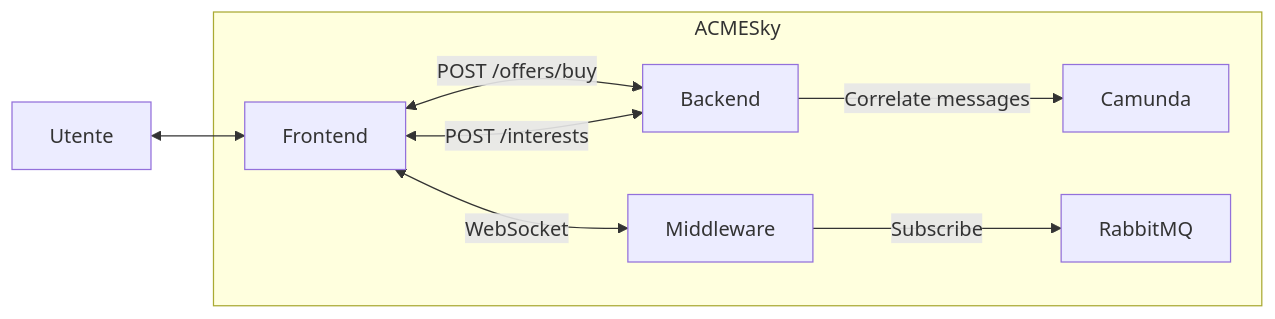
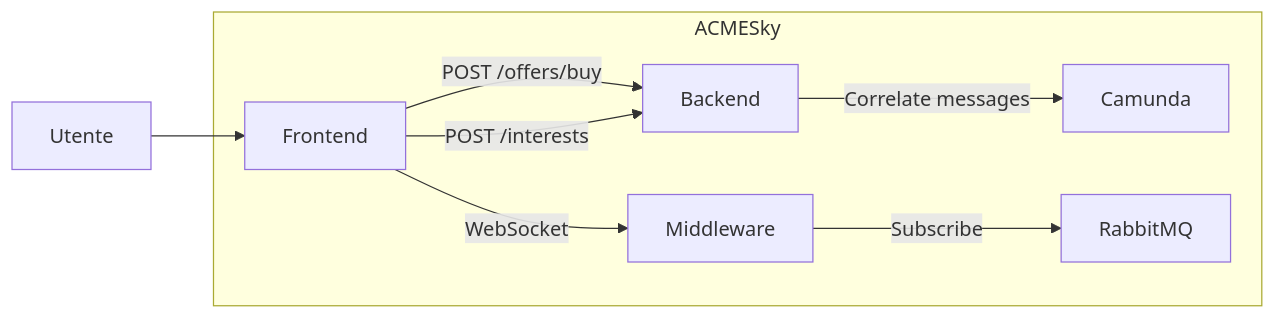
One commit to sosengers/project-documentation changed the second of 8 diagrams in docs/implementazione/acmesky.md. Above: the diagram before and after it, drawn with Mermaid. The commit also changed other lines of this file and 17 other files, not shown here.

Commit message:
Modificati diagrammi

````diff
--- a/docs/implementazione/acmesky.md
+++ b/docs/implementazione/acmesky.md
@@ -31,17 +31,17 @@
 ```mermaid
 graph LR
 BE -->|Correlate messages| C
-FE <-->|POST /offers/buy| BE
-FE <-->|POST /interests| BE
-FE <-->|WebSocket| MW
-Utente <--> FE
+FE -->|POST /offers/buy| BE
+FE -->|POST /interests| BE
+FE -->|WebSocket| MW
+Utente --> FE
 MW -->|Subscribe| R
 
 subgraph ACMESky
 C[Camunda]
 BE[Backend]
 R[RabbitMQ]
 FE[Frontend]
 MW[Middleware]
 end
 ```
````
